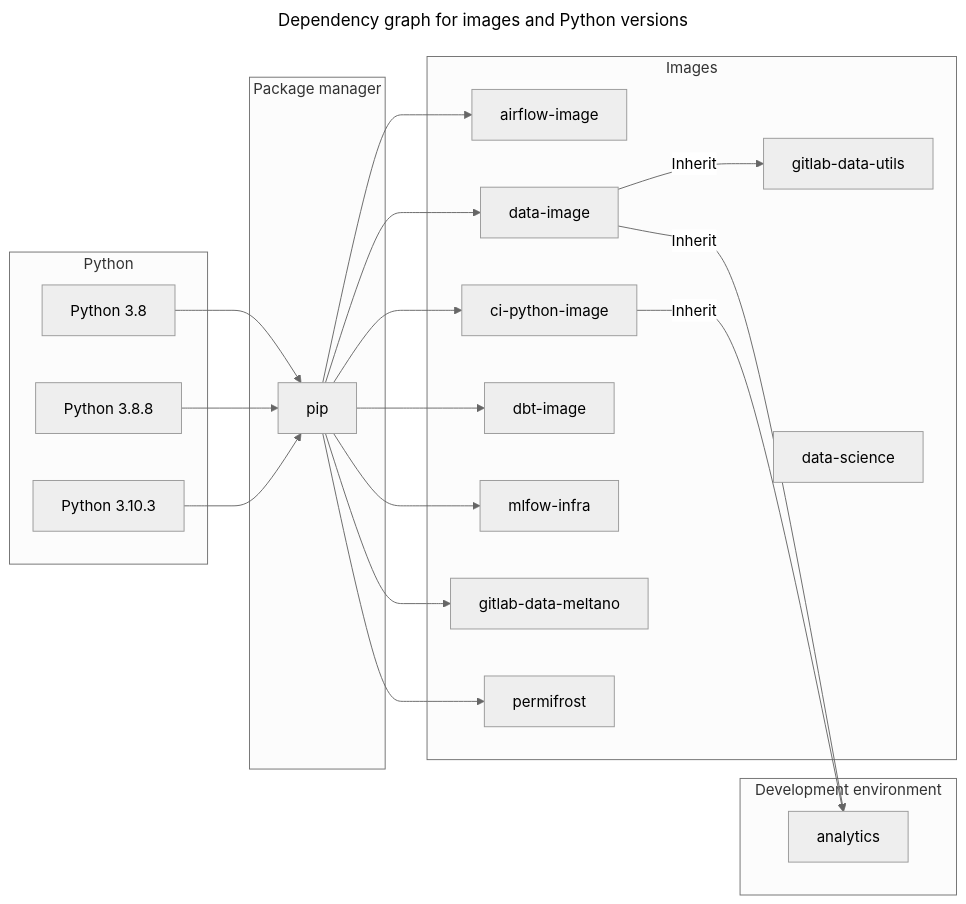
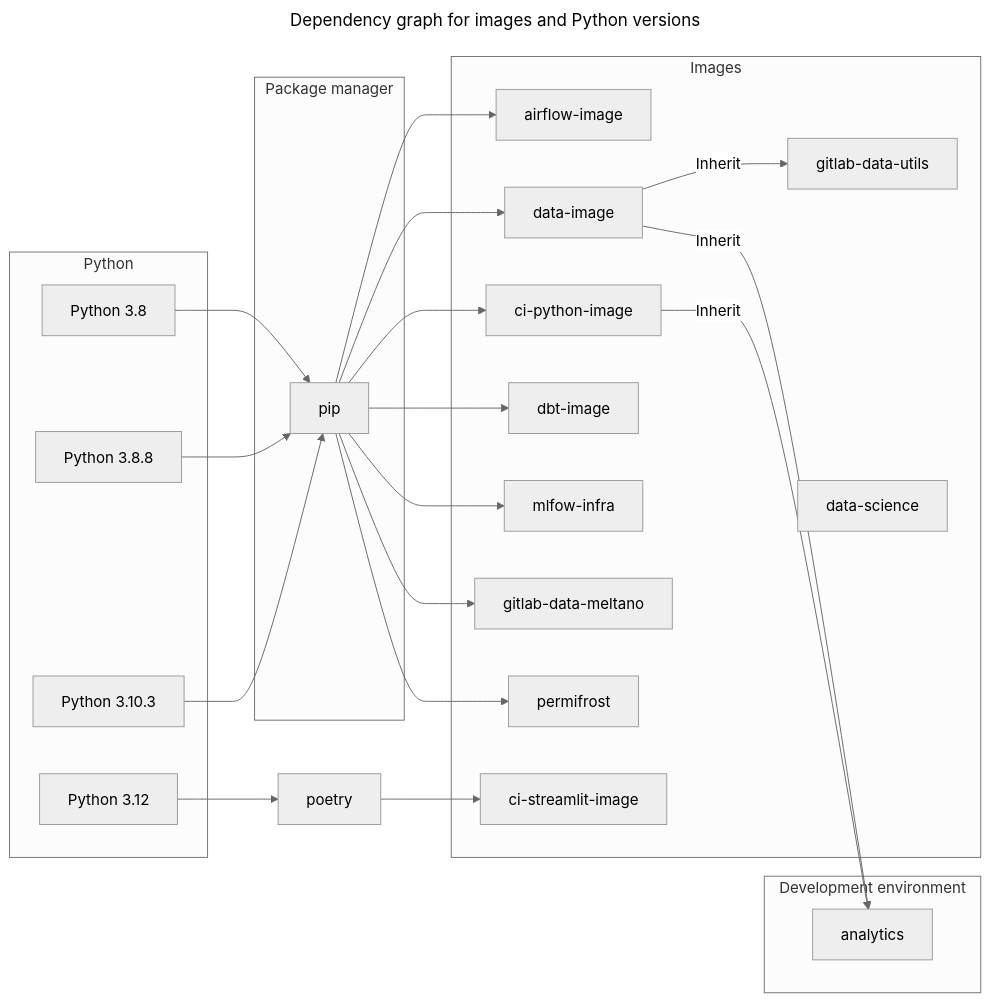
The diagram in content/handbook/enterprise-data/platform/python-tool-package-management/index.md (zalyoung/gitlab-handbook), drawn with Mermaid (neutral theme) before and after one commit. The commit also changed other lines of this file, not shown here.

Commit message:
Update file index.md

````diff
--- a/content/handbook/enterprise-data/platform/python-tool-package-management/index.md
+++ b/content/handbook/enterprise-data/platform/python-tool-package-management/index.md
@@ -72,47 +74,51 @@
 ```mermaid
 ---
 title: Dependency graph for images and Python versions
 ---
 flowchart LR
     P38  --> pip
     P388 --> pip
     P310 --> pip
+    P312 --> poetry
     pip --> airflow-image
     pip --> ci-python-image
     pip --> data-image
     pip --> dbt-image
     pip --> mlfow-infra
     pip --> gitlab-data-meltano
     pip --> permifrost
+    poetry --> ci-streamlit-image
 
     data-image      --Inherit--> gitlab-data-utils
     data-image      --Inherit--> analytics
     ci-python-image --Inherit--> analytics
 
 
     subgraph Python
         P38[Python 3.8]
         P388[Python 3.8.8]
         P310[Python 3.10.3]
+        P312[Python 3.12]
     end
 
     subgraph Package manager
        pip[pip]
     end
 
     subgraph Images
         airflow-image
         ci-python-image
         data-image
         data-science
         dbt-image
         gitlab-data-utils
         mlfow-infra
         gitlab-data-meltano
         permifrost
+        ci-streamlit-image
     end
 
     subgraph DEV [Development environment]
         analytics
     end
 ```
````
